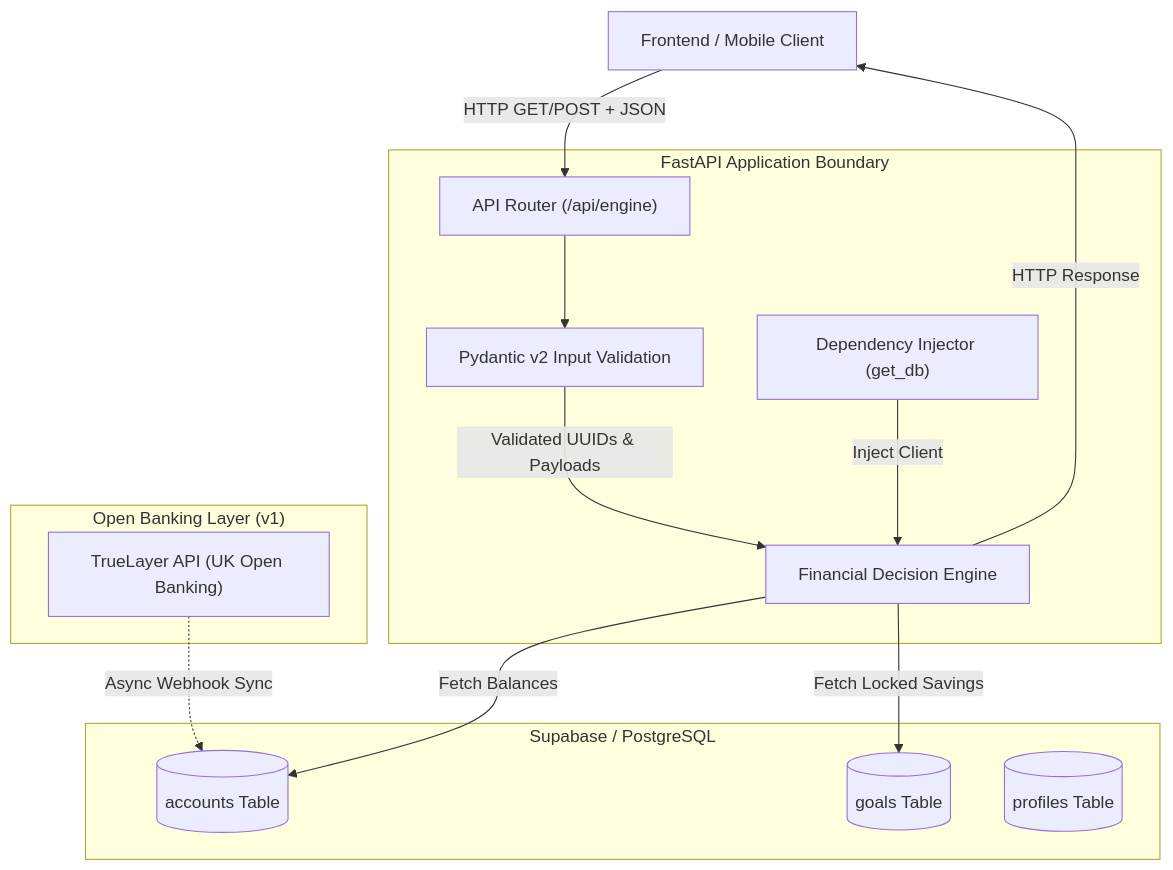
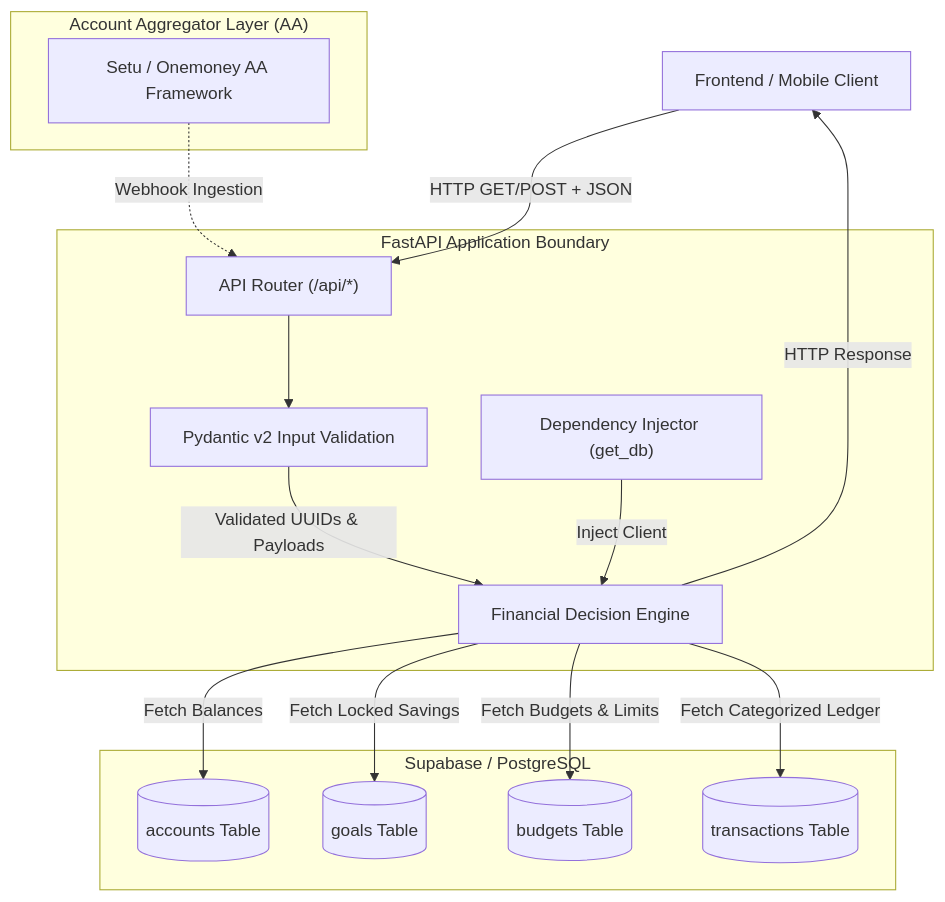
Before and after one commit to siddharth10-dev/financial-copilot-backend: the diagram in README.md, drawn with Mermaid. The commit also changed other lines of this file and 2 other files, not shown here.

Commit message:
feat: add Account Aggregator bank_sync API and webhook engine

````diff
--- a/README.md
+++ b/README.md
@@ -32,30 +32,33 @@
 ```mermaid
 flowchart TD
     Client["Frontend / Mobile Client"]
     
     subgraph FastAPI ["FastAPI Application Boundary"]
-        Router["API Router (/api/engine)"]
+        Router["API Router (/api/*)"]
         Pydantic["Pydantic v2 Input Validation"]
         Engine["Financial Decision Engine"]
         DI["Dependency Injector (get_db)"]
     end
     
     subgraph Database ["Supabase / PostgreSQL"]
         Accounts[("accounts Table")]
         Goals[("goals Table")]
-        Profiles[("profiles Table")]
+        Budgets[("budgets Table")]
+        Transactions[("transactions Table")]
     end
     
-    subgraph OpenBanking ["Open Banking Layer (v1)"]
-        TrueLayer["TrueLayer API (UK Open Banking)"]
+    subgraph AccountAggregator ["Account Aggregator Layer (AA)"]
+        Setu["Setu / Onemoney AA Framework"]
     end
 
     Client -->|HTTP GET/POST + JSON| Router
     Router --> Pydantic
     Pydantic -->|Validated UUIDs & Payloads| Engine
     DI -->|Inject Client| Engine
     Engine -->|Fetch Balances| Accounts
     Engine -->|Fetch Locked Savings| Goals
-    TrueLayer -.->|Async Webhook Sync| Accounts
+    Engine -->|Fetch Budgets & Limits| Budgets
+    Engine -->|Fetch Categorized Ledger| Transactions
+    Setu -.->|Webhook Ingestion| Router
     Engine -->|HTTP Response| Client
 ```
````
